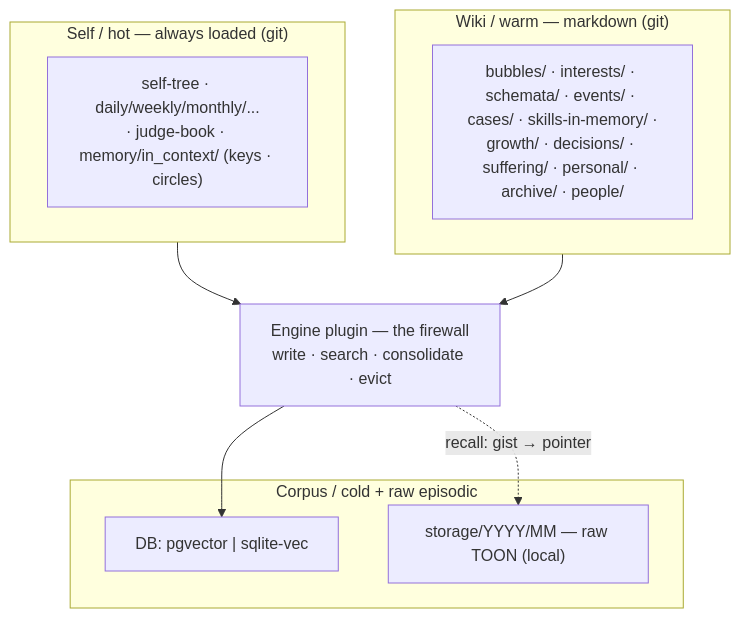
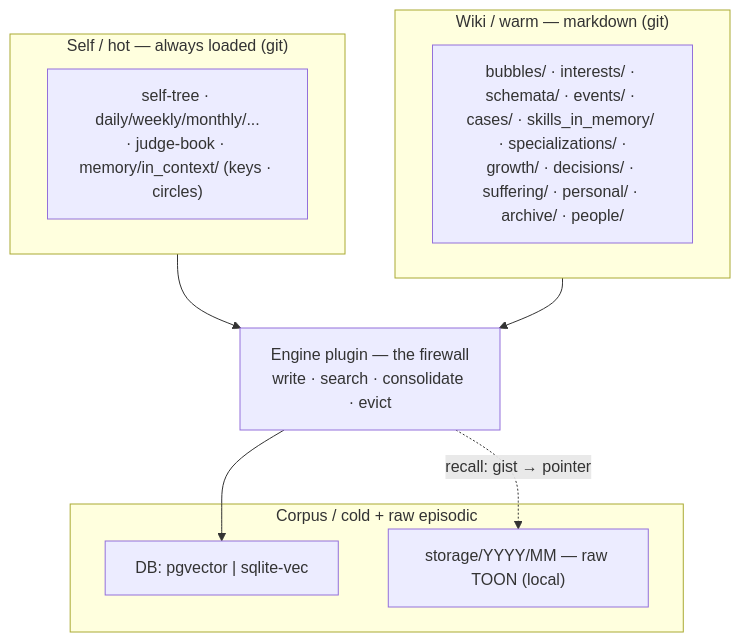
One commit to syahiidkamil/vibe-ai-partner-entity changed the first of 3 diagrams in work_dir/saori/zero_to_one_memory/03_high_level_implementation.md. Above: the diagram before and after it, drawn with Mermaid. The commit also changed other lines of this file, not shown here.

First line of the commit message:
docs(memory): zero_to_one tree — why · materials · world-events · specializations + naming

````diff
--- a/work_dir/saori/zero_to_one_memory/03_high_level_implementation.md
+++ b/work_dir/saori/zero_to_one_memory/03_high_level_implementation.md
@@ -16,18 +16,18 @@
 ```mermaid
 flowchart TB
     subgraph HOT["Self / hot — always loaded (git)"]
         SELFTREE["self-tree · daily/weekly/monthly/...<br/>· judge-book · memory/in_context/ (keys · circles)"]
     end
     subgraph WARM["Wiki / warm — markdown (git)"]
-        WIKI["bubbles/ · interests/ · schemata/ · events/ · cases/ · skills-in-memory/ ·<br/>growth/ · decisions/ · suffering/ · personal/ · archive/ · people/"]
+        WIKI["bubbles/ · interests/ · schemata/ · events/ · cases/ · skills_in_memory/ · specializations/ ·<br/>growth/ · decisions/ · suffering/ · personal/ · archive/ · people/"]
     end
     subgraph COLD["Corpus / cold + raw episodic"]
         DB["DB: pgvector | sqlite-vec"]
         STORE["storage/YYYY/MM — raw TOON (local)"]
     end
     FW["Engine plugin — the firewall<br/>write · search · consolidate · evict"]
     HOT --> FW
     WARM --> FW
     FW --> DB
     FW -.->|recall: gist → pointer| STORE
 ```
````
